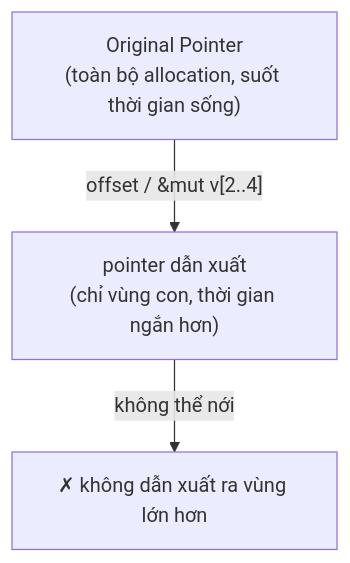
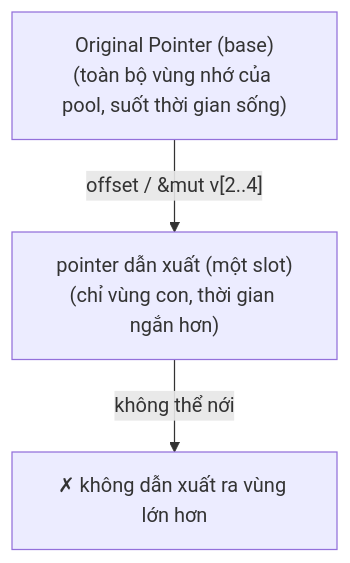
The fourth of 4 diagrams in docs/10-rust-internals/07-unsafe-ub-miri.md (pirumu/irust), drawn with Mermaid before and after one commit. The commit also changed other lines of this file and 35 other files, not shown here.

````diff
--- a/docs/10-rust-internals/07-unsafe-ub-miri.md
+++ b/docs/10-rust-internals/07-unsafe-ub-miri.md
@@ -203,6 +277,6 @@
 ```mermaid
 flowchart TD
-  O["Original Pointer<br/>(toàn bộ allocation, suốt thời gian sống)"]
-  O -->|"offset / &mut v[2..4]"| D["pointer dẫn xuất<br/>(chỉ vùng con, thời gian ngắn hơn)"]
+  O["Original Pointer (base)<br/>(toàn bộ vùng nhớ của pool, suốt thời gian sống)"]
+  O -->|"offset / &mut v[2..4]"| D["pointer dẫn xuất (một slot)<br/>(chỉ vùng con, thời gian ngắn hơn)"]
   D -->|"không thể nới"| X["✗ không dẫn xuất ra vùng lớn hơn"]
 ```
````
